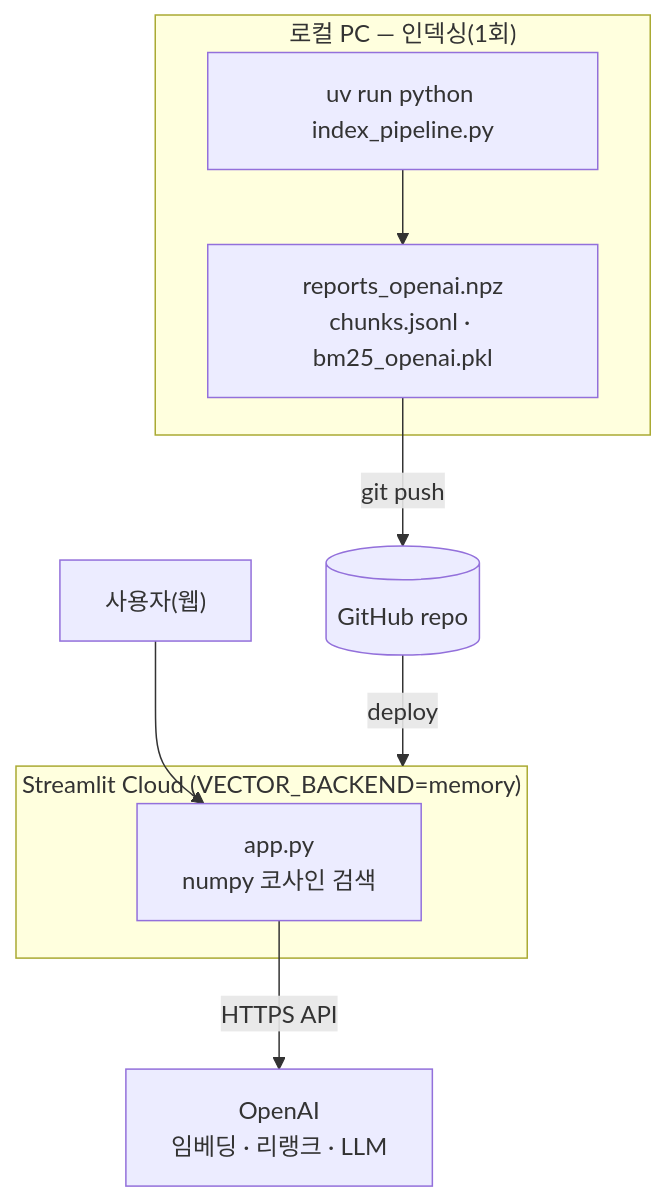
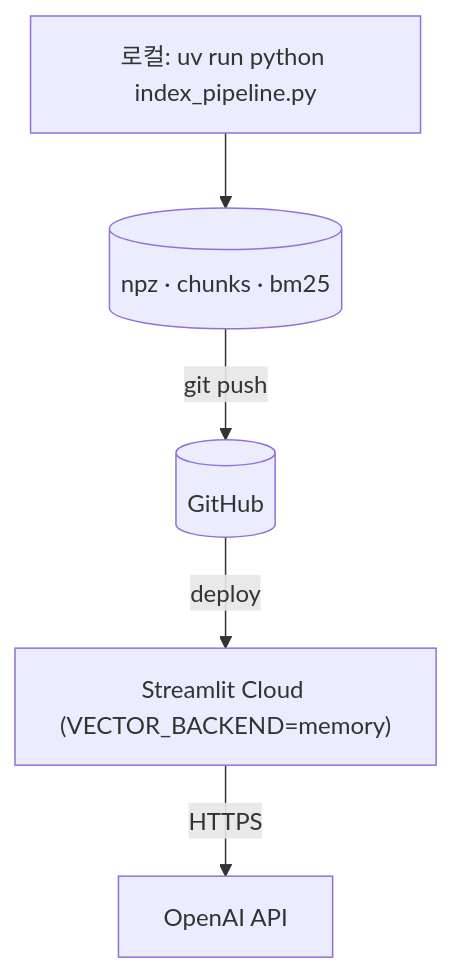
The second of 2 diagrams in README.md (ElNino-o/konetic-report-rag), drawn with Mermaid before and after one commit. The commit also changed other lines of this file, not shown here.

````diff
--- a/README.md
+++ b/README.md
@@ -70,13 +30,6 @@
 ```mermaid
 flowchart TB
-  subgraph L["로컬 PC — 인덱싱(1회)"]
-    IDX["uv run python index_pipeline.py"] --> ARTI["reports_openai.npz<br/>chunks.jsonl · bm25_openai.pkl"]
-  end
-  ARTI -->|git push| GH[("GitHub repo")]
-  GH -->|deploy| C
-  subgraph C["Streamlit Cloud (VECTOR_BACKEND=memory)"]
-    APP["app.py<br/>numpy 코사인 검색"]
-  end
-  APP -->|HTTPS API| OAI["OpenAI<br/>임베딩 · 리랭크 · LLM"]
-  USER["사용자(웹)"] --> APP
+  L["로컬: uv run python index_pipeline.py"] --> A[("npz · chunks · bm25")]
+  A -->|git push| G[("GitHub")] -->|deploy| C["Streamlit Cloud (VECTOR_BACKEND=memory)"]
+  C -->|HTTPS| O["OpenAI API"]
 ```
````
